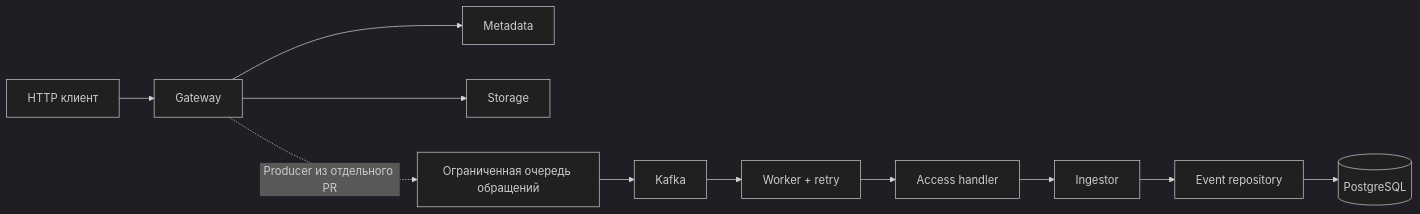
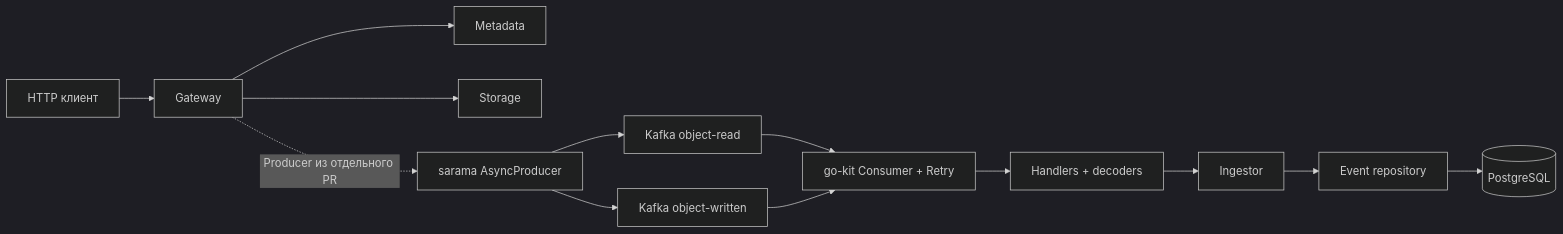
The first of 2 diagrams in services/sppr/ONBOARDING.md (WithSoull/s3-sppr), drawn with Mermaid (dark theme) before and after one commit. The commit also changed other lines of this file and 7 other files, not shown here.

````diff
--- a/services/sppr/ONBOARDING.md
+++ b/services/sppr/ONBOARDING.md
@@ -19,13 +19,15 @@
 ```mermaid
 flowchart LR
     Client[HTTP клиент] --> GW[Gateway]
     GW --> Metadata
     GW --> Storage
-    GW -. Producer из отдельного PR .-> Producer[Ограниченная очередь обращений]
-    Producer --> Kafka
-    Kafka --> Worker[Worker + retry]
-    Worker --> Handler[Access handler]
-    Handler --> Ingestor
+    GW -. Producer из отдельного PR .-> AP[sarama AsyncProducer]
+    AP --> Read[Kafka object-read]
+    AP --> Written[Kafka object-written]
+    Read --> Consumer[go-kit Consumer + Retry]
+    Written --> Consumer
+    Consumer --> Handlers[Handlers + decoders]
+    Handlers --> Ingestor
     Ingestor --> Repo[Event repository]
     Repo --> PG[(PostgreSQL)]
 ```
````
